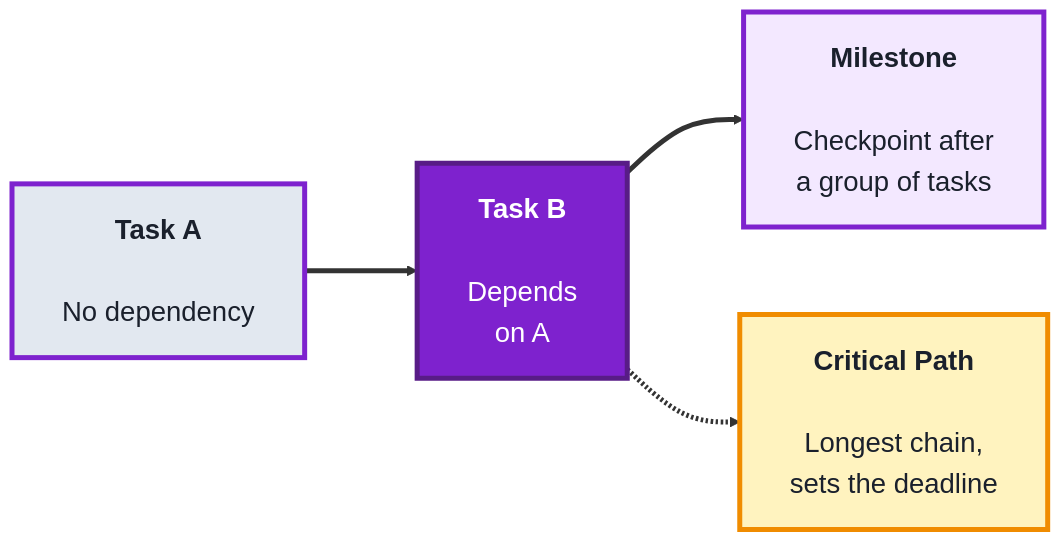
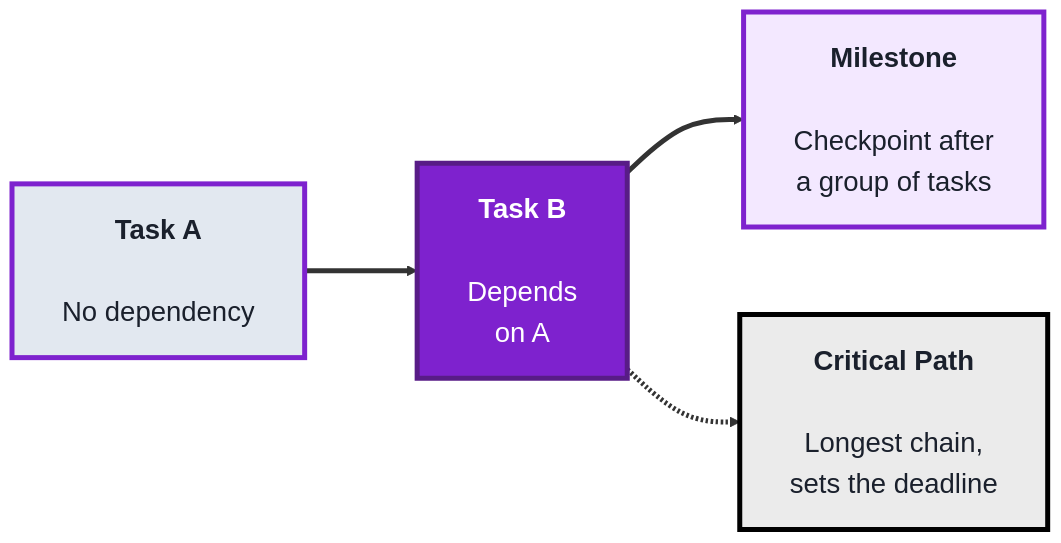
One commit to SHEMODELTECH/shemodeltech changed the second of 4 diagrams in src/Pages/courses/TechPO/project-management-module.md. Above: the diagram before and after it, drawn with Mermaid. The commit also changed other lines of this file and 46 other files, not shown here.

````diff
--- a/src/Pages/courses/TechPO/project-management-module.md
+++ b/src/Pages/courses/TechPO/project-management-module.md
@@ -81,17 +81,17 @@
 ```mermaid
 %%{init: {'theme':'base', 'themeVariables': {'fontSize':'22px', 'primaryTextColor':'#1a202c', 'primaryBorderColor':'#7e22ce', 'lineColor':'#333333'}, 'flowchart': {'nodeSpacing': 70, 'rankSpacing': 90, 'padding': 20}}}%%
 flowchart LR
     T1["<b>Task A</b><br/><br/>No dependency"]
     T2["<b>Task B</b><br/><br/>Depends<br/>on A"]
     M["<b>Milestone</b><br/><br/>Checkpoint after<br/>a group of tasks"]
     CP["<b>Critical Path</b><br/><br/>Longest chain,<br/>sets the deadline"]
 
     T1 ==> T2 ==> M
     T2 -.-> CP
 
     style T1 fill:#e2e8f0,color:#1a202c,stroke:#7e22ce,stroke-width:4px
     style T2 fill:#7e22ce,color:#fff,stroke:#581c87,stroke-width:4px
     style M fill:#f3e8ff,color:#1a202c,stroke:#7e22ce,stroke-width:4px
-    style CP fill:#fff3bf,color:#1a202c,stroke:#f08c00,stroke-width:4px
+    style CP fill:#EBEBEB,color:#1a202c,stroke:#000000,stroke-width:4px
     linkStyle default stroke-width:4px,stroke:#333333
 ```
````
